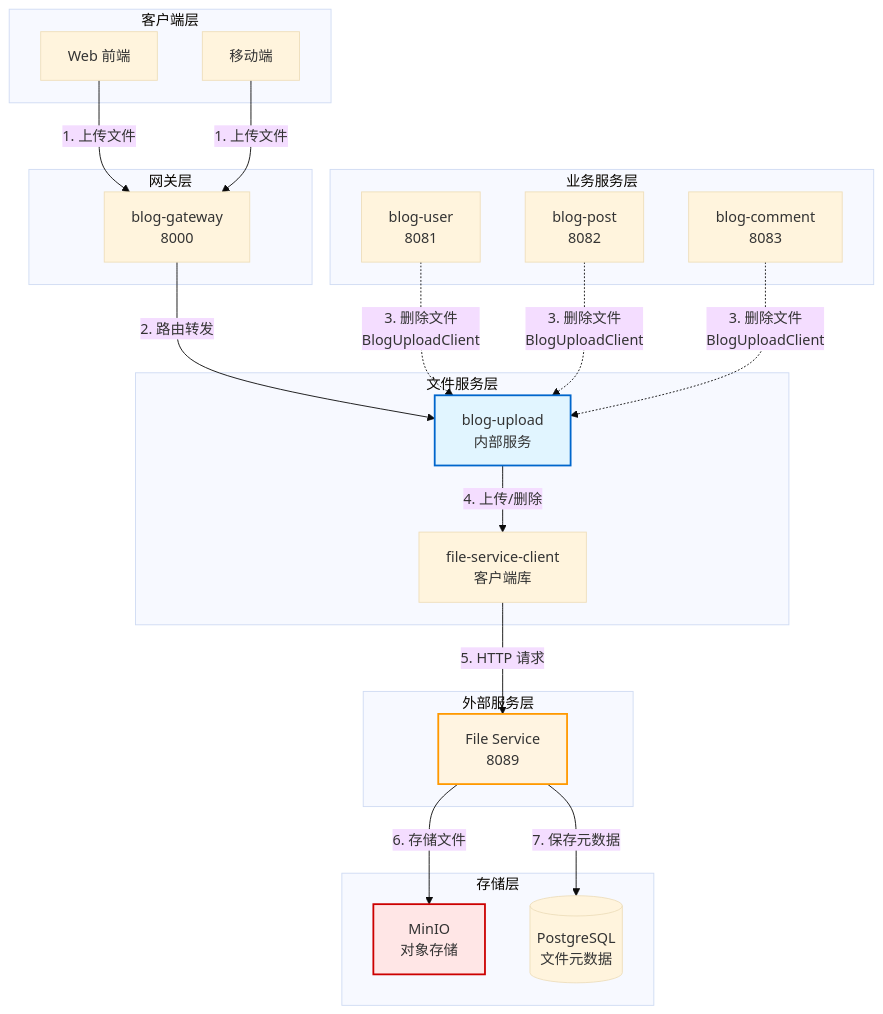
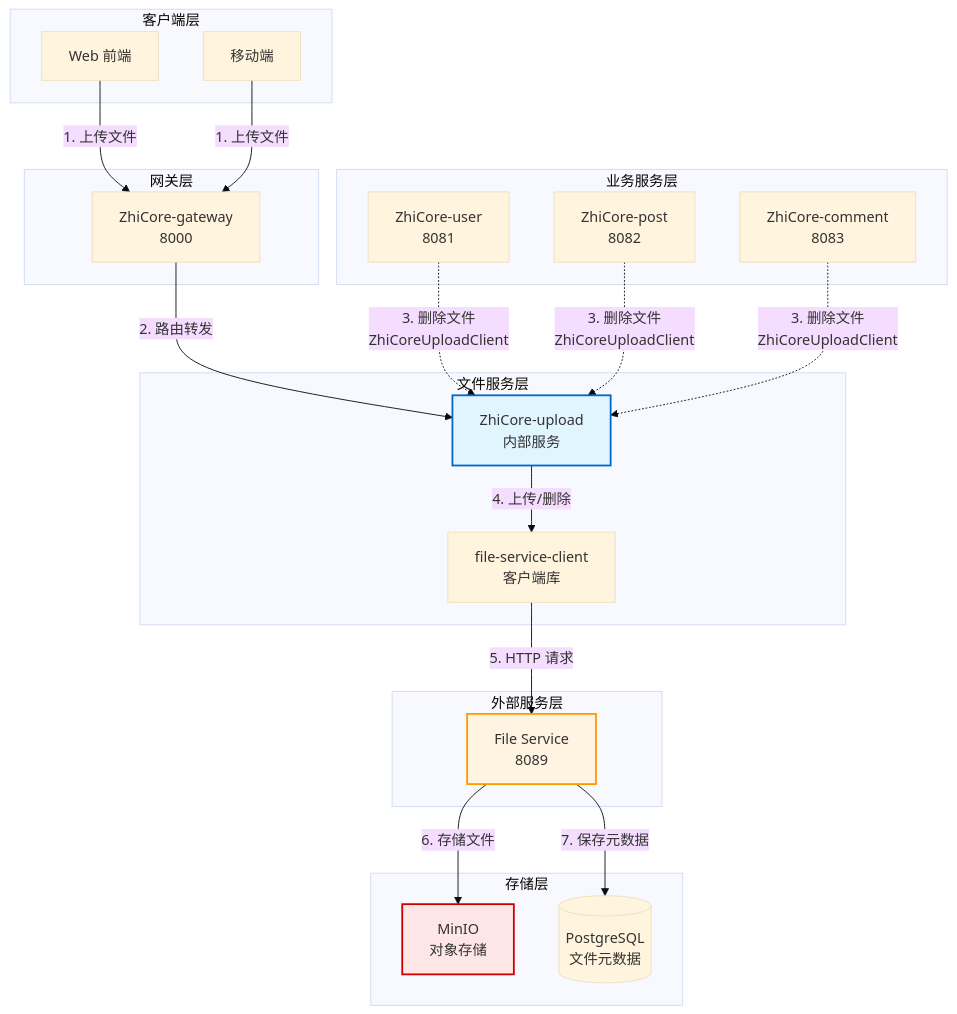
The first of 3 diagrams in docs/architecture/03-file-upload-architecture.md (architectcgz/zhicore), drawn with Mermaid (base theme) before and after one commit. The commit also changed other lines of this file and 1789 other files, not shown here.

````diff
--- a/docs/architecture/03-file-upload-architecture.md
+++ b/docs/architecture/03-file-upload-architecture.md
@@ -197,53 +197,53 @@
 ```mermaid
 graph TB
     subgraph "客户端层"
         WebClient[Web 前端]
         MobileClient[移动端]
     end
     
     subgraph "网关层"
-        Gateway[blog-gateway<br/>8000]
+        Gateway[ZhiCore-gateway<br/>8000]
     end
     
     subgraph "业务服务层"
-        UserService[blog-user<br/>8081]
-        PostService[blog-post<br/>8082]
-        CommentService[blog-comment<br/>8083]
+        UserService[ZhiCore-user<br/>8081]
+        PostService[ZhiCore-post<br/>8082]
+        CommentService[ZhiCore-comment<br/>8083]
     end
     
     subgraph "文件服务层"
-        UploadService[blog-upload<br/>内部服务]
+        UploadService[ZhiCore-upload<br/>内部服务]
         FileServiceClient[file-service-client<br/>客户端库]
     end
     
     subgraph "外部服务层"
         FileService[File Service<br/>8089]
     end
     
     subgraph "存储层"
         MinIO[MinIO<br/>对象存储]
         PostgreSQL[(PostgreSQL<br/>文件元数据)]
     end
     
-    %% 前端上传流程（直接调用 blog-upload）
+    %% 前端上传流程（直接调用 ZhiCore-upload）
     WebClient -->|1. 上传文件| Gateway
     MobileClient -->|1. 上传文件| Gateway
     Gateway -->|2. 路由转发| UploadService
     
-    %% 后端删除流程（通过 BlogUploadClient）
-    UserService -.->|3. 删除文件<br/>BlogUploadClient| UploadService
-    PostService -.->|3. 删除文件<br/>BlogUploadClient| UploadService
-    CommentService -.->|3. 删除文件<br/>BlogUploadClient| UploadService
+    %% 后端删除流程（通过 ZhiCoreUploadClient）
+    UserService -.->|3. 删除文件<br/>ZhiCoreUploadClient| UploadService
+    PostService -.->|3. 删除文件<br/>ZhiCoreUploadClient| UploadService
+    CommentService -.->|3. 删除文件<br/>ZhiCoreUploadClient| UploadService
     
-    %% blog-upload 调用 file-service-client
+    %% ZhiCore-upload 调用 file-service-client
     UploadService -->|4. 上传/删除| FileServiceClient
     FileServiceClient -->|5. HTTP 请求| FileService
     
     %% File Service 存储
     FileService -->|6. 存储文件| MinIO
     FileService -->|7. 保存元数据| PostgreSQL
     
     style UploadService fill:#e1f5ff,stroke:#0066cc,stroke-width:2px
     style FileService fill:#fff4e1,stroke:#ff9900,stroke-width:2px
     style MinIO fill:#ffe6e6,stroke:#cc0000,stroke-width:2px
 ```
````
